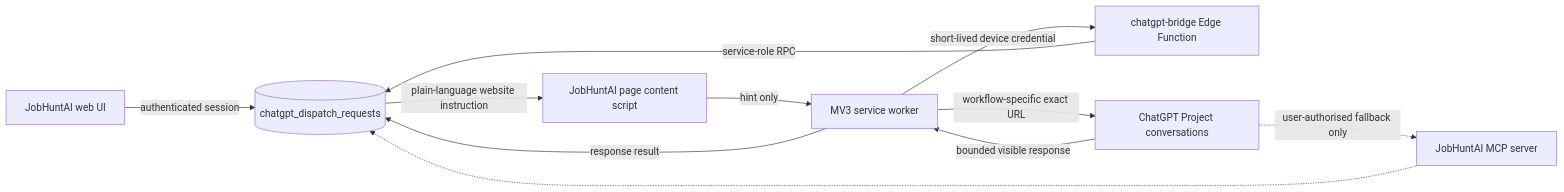
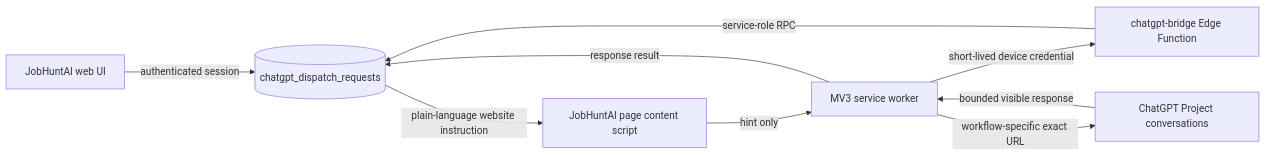
One commit to YashSooriya/job-hunt-console changed the diagram in docs/CHATGPT_BRIDGE.md. Above: the diagram before and after it, drawn with Mermaid. The commit also changed other lines of this file and 293 other files, not shown here.

Commit message:
Publish accumulated JobHuntAI implementation

````diff
--- a/docs/CHATGPT_BRIDGE.md
+++ b/docs/CHATGPT_BRIDGE.md
@@ -7,13 +7,11 @@
 ```mermaid
 flowchart LR
   UI[JobHuntAI web UI] -->|authenticated session| D[(chatgpt_dispatch_requests)]
   D -->|plain-language website instruction| P[JobHuntAI page content script]
   P -->|hint only| E[MV3 service worker]
   E -->|short-lived device credential| B[chatgpt-bridge Edge Function]
   B -->|service-role RPC| D
   E -->|workflow-specific exact URL| C[ChatGPT Project conversations]
   C -->|bounded visible response| E
   E -->|response result| D
-  C -.->|user-authorised fallback only| M[JobHuntAI MCP server]
-  M -.-> D
 ```
````
